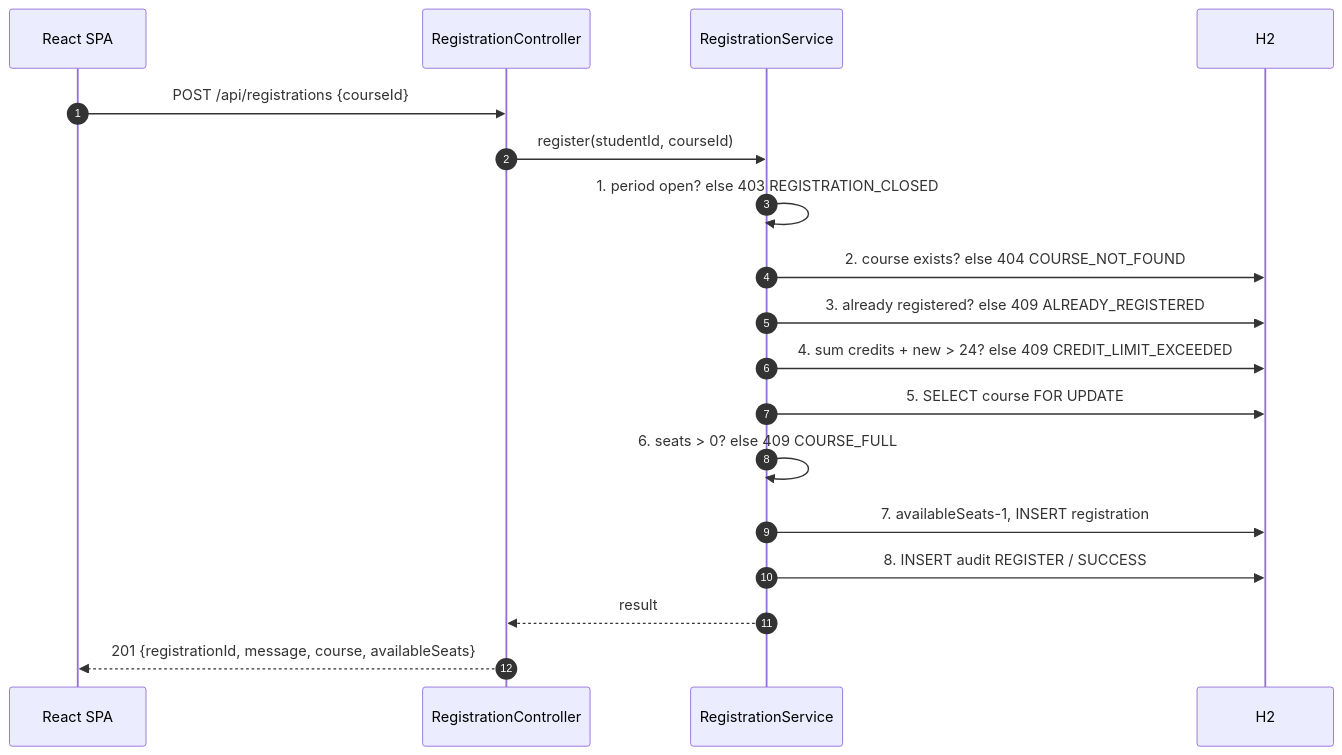
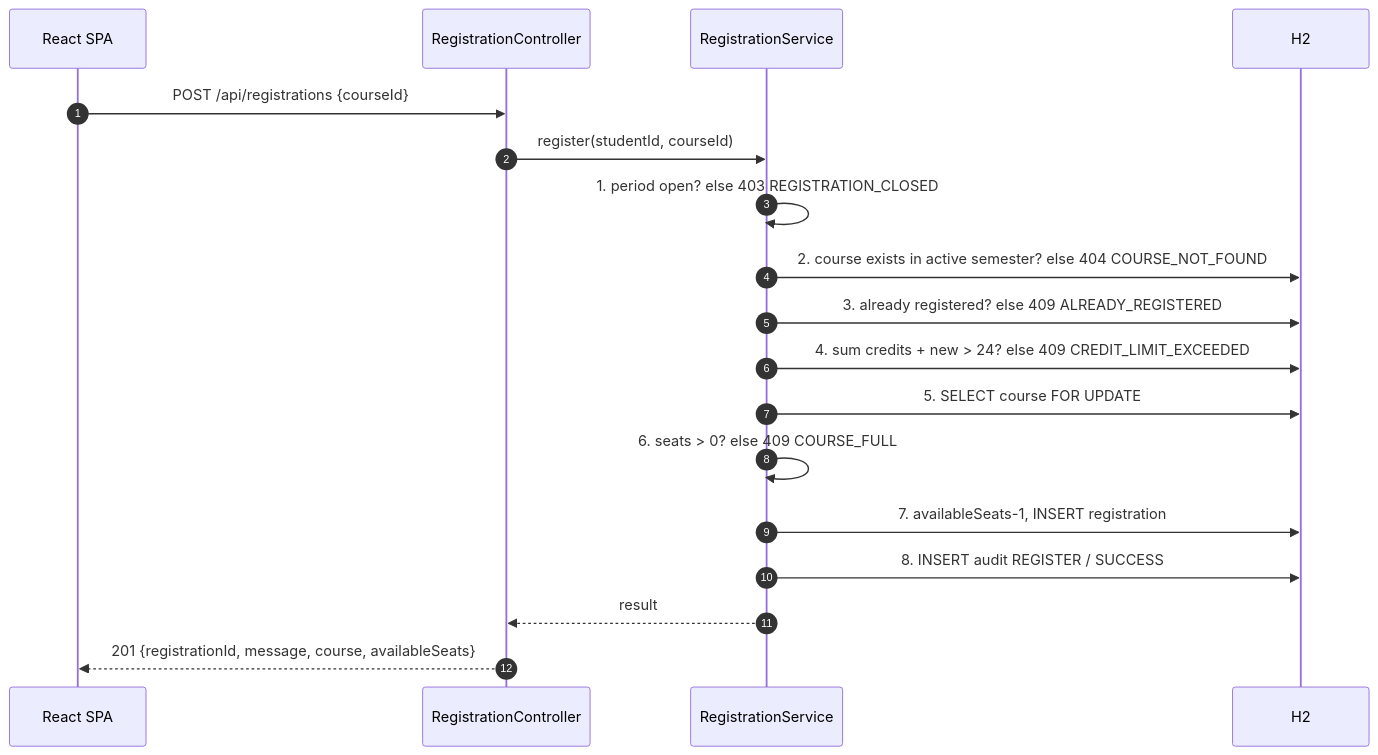
One commit to kb-ong/monash-course-registration-system changed the second of 3 diagrams in docs/specs/00-overview.md. Above: the diagram before and after it, drawn with Mermaid. The commit also changed other lines of this file and 7 other files, not shown here.

````diff
--- a/docs/specs/00-overview.md
+++ b/docs/specs/00-overview.md
@@ -113,20 +113,20 @@
 ```mermaid
 sequenceDiagram
     autonumber
     participant UI as React SPA
     participant C as RegistrationController
     participant S as RegistrationService
     participant DB as H2
     UI->>C: POST /api/registrations {courseId}
     C->>S: register(studentId, courseId)
     S->>S: 1. period open? else 403 REGISTRATION_CLOSED
-    S->>DB: 2. course exists? else 404 COURSE_NOT_FOUND
+    S->>DB: 2. course exists in active semester? else 404 COURSE_NOT_FOUND
     S->>DB: 3. already registered? else 409 ALREADY_REGISTERED
     S->>DB: 4. sum credits + new > 24? else 409 CREDIT_LIMIT_EXCEEDED
     S->>DB: 5. SELECT course FOR UPDATE
     S->>S: 6. seats > 0? else 409 COURSE_FULL
     S->>DB: 7. availableSeats-1, INSERT registration
     S->>DB: 8. INSERT audit REGISTER / SUCCESS
     S-->>C: result
     C-->>UI: 201 {registrationId, message, course, availableSeats}
 ```
````
